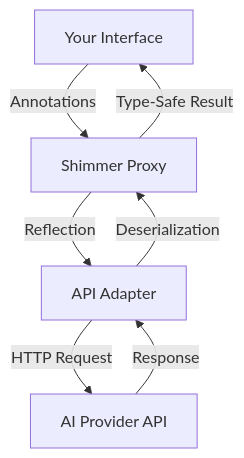
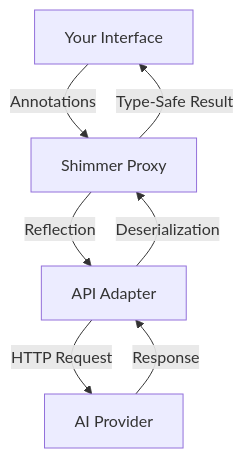
The diagram in README.md (ahammer/Shimmer), drawn with Mermaid before and after one commit. The commit also changed other lines of this file and 15 other files, not shown here.

````diff
--- a/README.md
+++ b/README.md
@@ -174,9 +113,9 @@
 ```mermaid
 graph TD
     A[Your Interface] -->|Annotations| B[Shimmer Proxy]
     B -->|Reflection| C[API Adapter]
-    C -->|HTTP Request| D[AI Provider API]
+    C -->|HTTP Request| D[AI Provider]
     D -->|Response| C
     C -->|Deserialization| B
     B -->|Type-Safe Result| A
 ```
````
